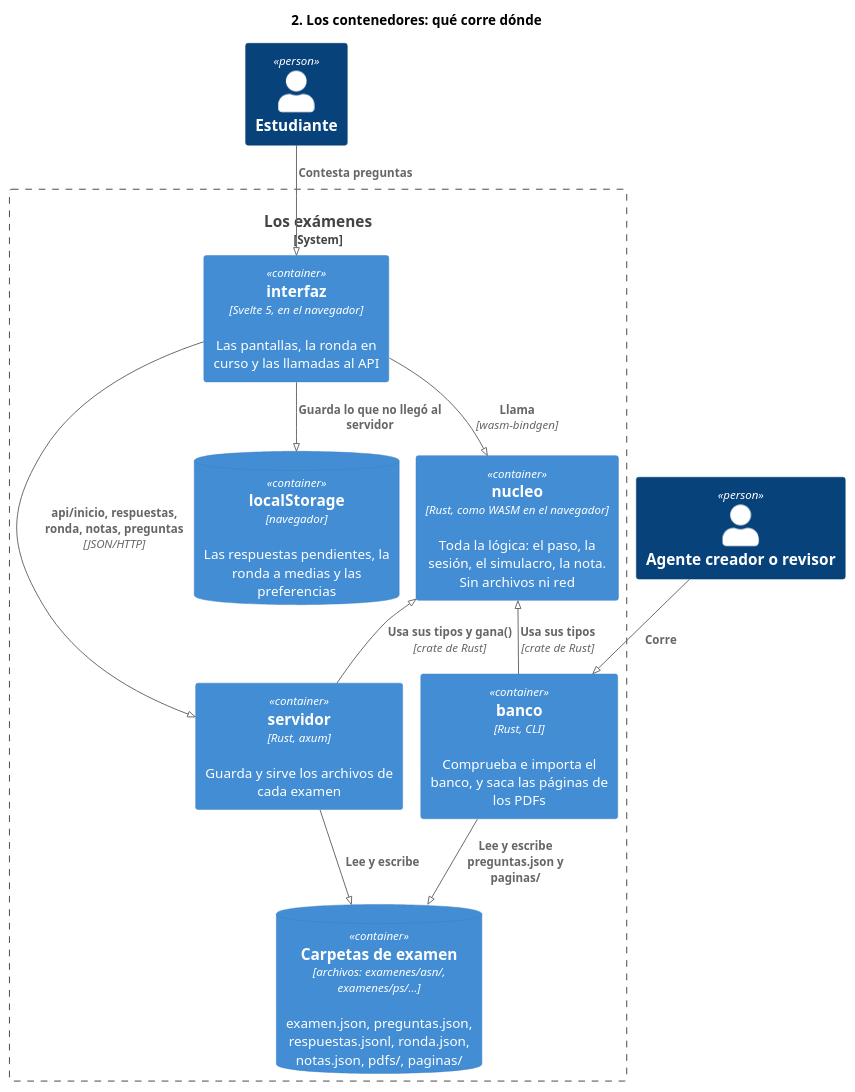
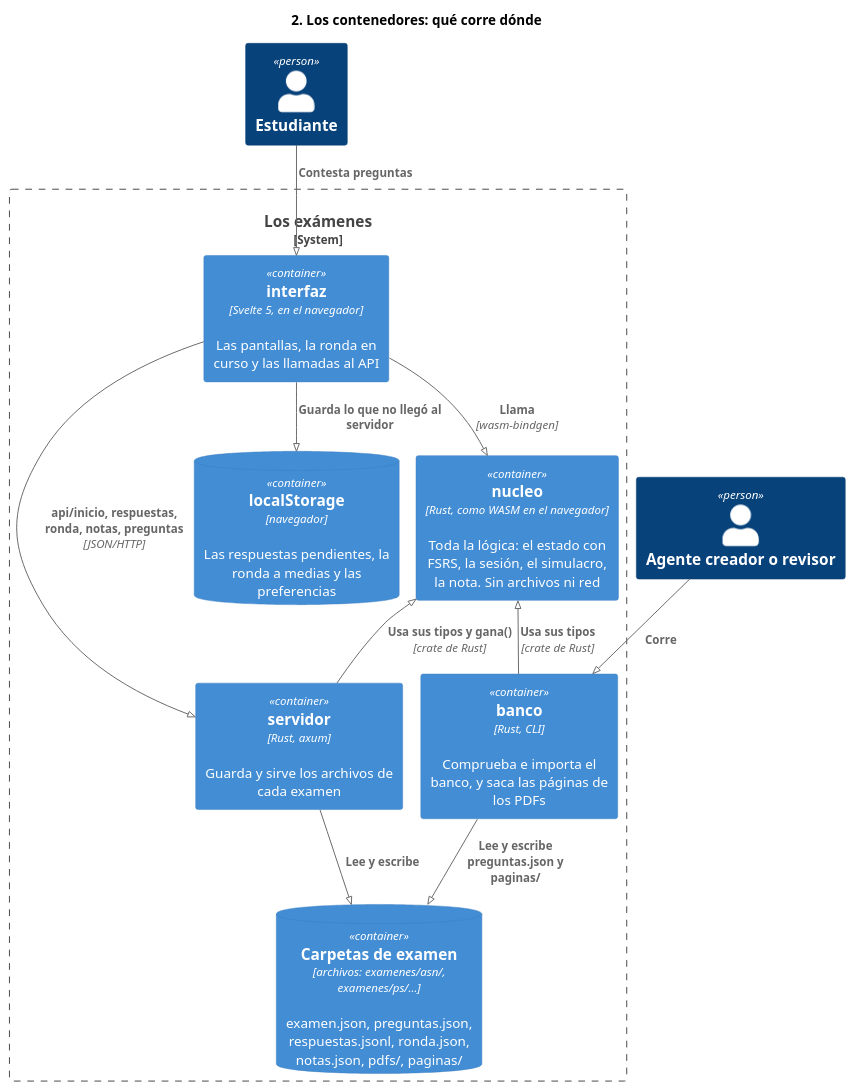
One commit to jfdg01/examenes changed the diagram in docs/diagramas/2-contenedores.puml. Above: the diagram before and after it, drawn with PlantUML. The commit also changed 11 other files, not shown here.

First line of the commit message:
feat: el estado de una pregunta sale de FSRS

```diff
--- a/docs/diagramas/2-contenedores.puml
+++ b/docs/diagramas/2-contenedores.puml
@@ -1,27 +1,27 @@
 @startuml 2-contenedores
 !pragma layout smetana
 !include <C4/C4_Container>
 title 2. Los contenedores: qué corre dónde
 
 Person(estudiante, "Estudiante")
 Person(agente, "Agente creador o revisor")
 
 System_Boundary(app, "Los exámenes") {
   Container(interfaz, "interfaz", "Svelte 5, en el navegador", "Las pantallas, la ronda en curso y las llamadas al API")
-  Container(nucleo, "nucleo", "Rust, como WASM en el navegador", "Toda la lógica: el paso, la sesión, el simulacro, la nota. Sin archivos ni red")
+  Container(nucleo, "nucleo", "Rust, como WASM en el navegador", "Toda la lógica: el estado con FSRS, la sesión, el simulacro, la nota. Sin archivos ni red")
   ContainerDb(local, "localStorage", "navegador", "Las respuestas pendientes, la ronda a medias y las preferencias")
   Container(servidor, "servidor", "Rust, axum", "Guarda y sirve los archivos de cada examen")
   Container(banco, "banco", "Rust, CLI", "Comprueba e importa el banco, y saca las páginas de los PDFs")
   ContainerDb(carpetas, "Carpetas de examen", "archivos: examenes/asn/, examenes/ps/…", "examen.json, preguntas.json, respuestas.jsonl, ronda.json, notas.json, pdfs/, paginas/")
 }
 
 Rel(estudiante, interfaz, "Contesta preguntas")
 Rel(interfaz, nucleo, "Llama", "wasm-bindgen")
 Rel(interfaz, local, "Guarda lo que no llegó al servidor")
 Rel(interfaz, servidor, "api/inicio, respuestas, ronda, notas, preguntas", "JSON/HTTP")
 Rel(servidor, carpetas, "Lee y escribe")
 Rel(agente, banco, "Corre")
 Rel(banco, carpetas, "Lee y escribe preguntas.json y paginas/")
 Rel_U(servidor, nucleo, "Usa sus tipos y gana()", "crate de Rust")
 Rel_U(banco, nucleo, "Usa sus tipos", "crate de Rust")
 @enduml
```
